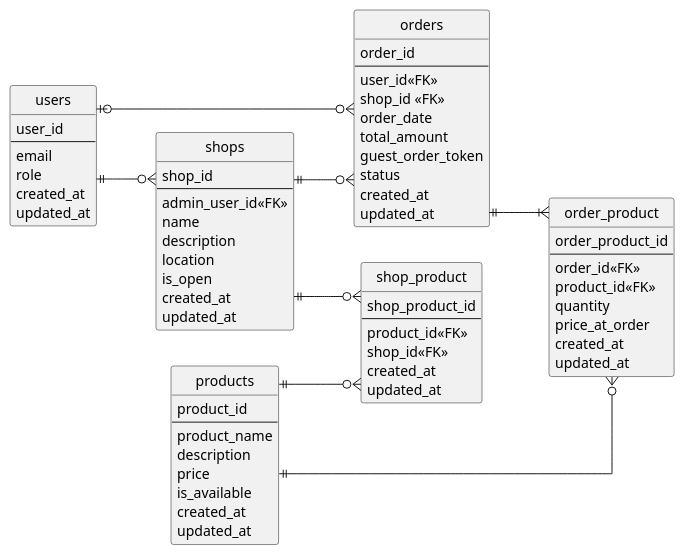
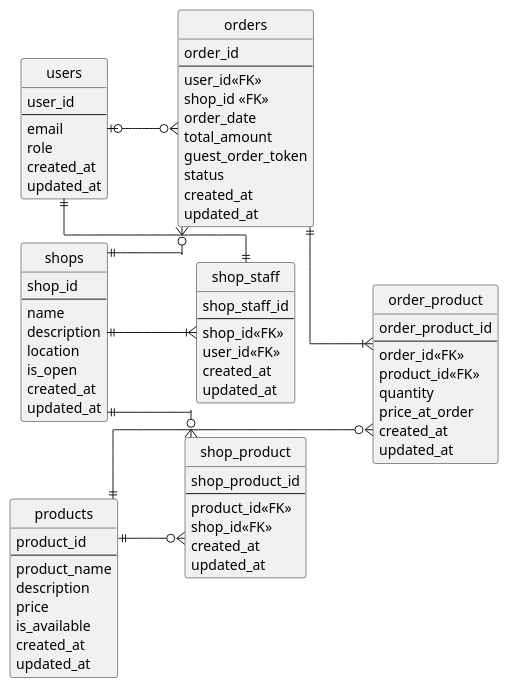
One commit to yamada-mikiya/A4-mobileorder changed the diagram in backend/diagram.puml. Above: the diagram before and after it, drawn with PlantUML. The commit also changed 18 other files, not shown here.

```diff
--- a/backend/diagram.puml
+++ b/backend/diagram.puml
@@ -1,82 +1,91 @@
 @startuml mobileorder
 ' hide the spot
 hide circle
 
 ' avoid problems with angled crows feet
 skinparam linetype ortho
 left to right direction
 
 entity "users" as users {
   user_id
   --
   email
   role
   created_at
   updated_at
 }
 
 entity "orders" as orders {
   order_id
   --
   user_id<<FK>>
   shop_id <<FK>>
   order_date
   total_amount
   guest_order_token
   status
   created_at
   updated_at
 }
 
 entity "order_product" as order_product {
   order_product_id
   --
   order_id<<FK>>
   product_id<<FK>>
   quantity
   price_at_order
   created_at
   updated_at
 }
 
 entity "products" as products {
   product_id
   --
   product_name
   description
   price
   is_available
   created_at
   updated_at
 }
 
 entity "shop_product" as shop_product {
   shop_product_id
   --
   product_id<<FK>>
   shop_id<<FK>>
   created_at
   updated_at
 }
 
 entity "shops" as shops {
   shop_id
   --
-  admin_user_id<<FK>>
   name
   description
   location
   is_open
   created_at
   updated_at
 }
 
-users ||--o{ shops
+entity "shop_staff" as shop_staff {
+  shop_staff_id
+  --
+  shop_id<<FK>>
+  user_id<<FK>>
+  created_at
+  updated_at
+}
+
+users ||--|| shop_staff
 users |o--o{ orders
 orders ||--|{ order_product
 products ||--o{ order_product
 products ||--o{ shop_product
 shops ||--o{ shop_product
 shops ||--o{ orders
+shops ||--|{ shop_staff
 
 @enduml
```
